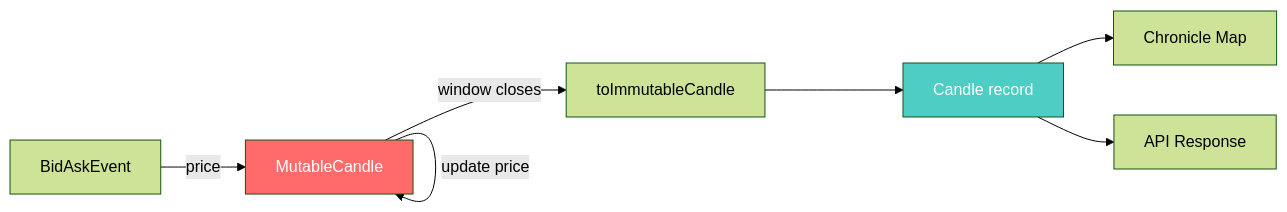
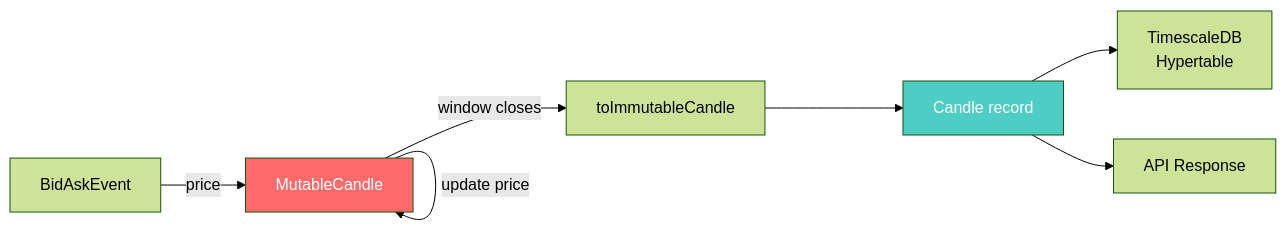
The seventh of 9 diagrams in README.md (0xkanth/candle-aggregation-service), drawn with Mermaid (forest theme) before and after one commit. The commit also changed other lines of this file and 26 other files, not shown here.

Commit message:
doc: remove references of chronicleMap and update references to timescale db (#1)

````diff
--- a/README.md
+++ b/README.md
@@ -320,12 +305,12 @@
 ```mermaid
 graph LR
     A[BidAskEvent] -->|price| B[MutableCandle]
     B -->|update price| B
     B -->|window closes| C[toImmutableCandle]
     C --> D[Candle record]
-    D --> E[Chronicle Map]
+    D --> E[TimescaleDB<br/>Hypertable]
     D --> F[API Response]
     
     style B fill:#ff6b6b,color:#fff
     style D fill:#4ecdc4,color:#fff
 ```
````
